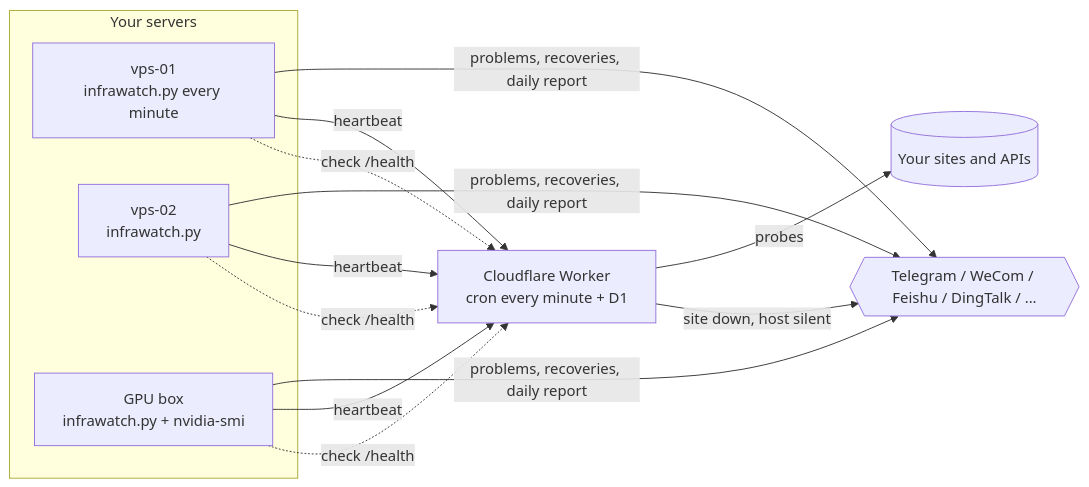
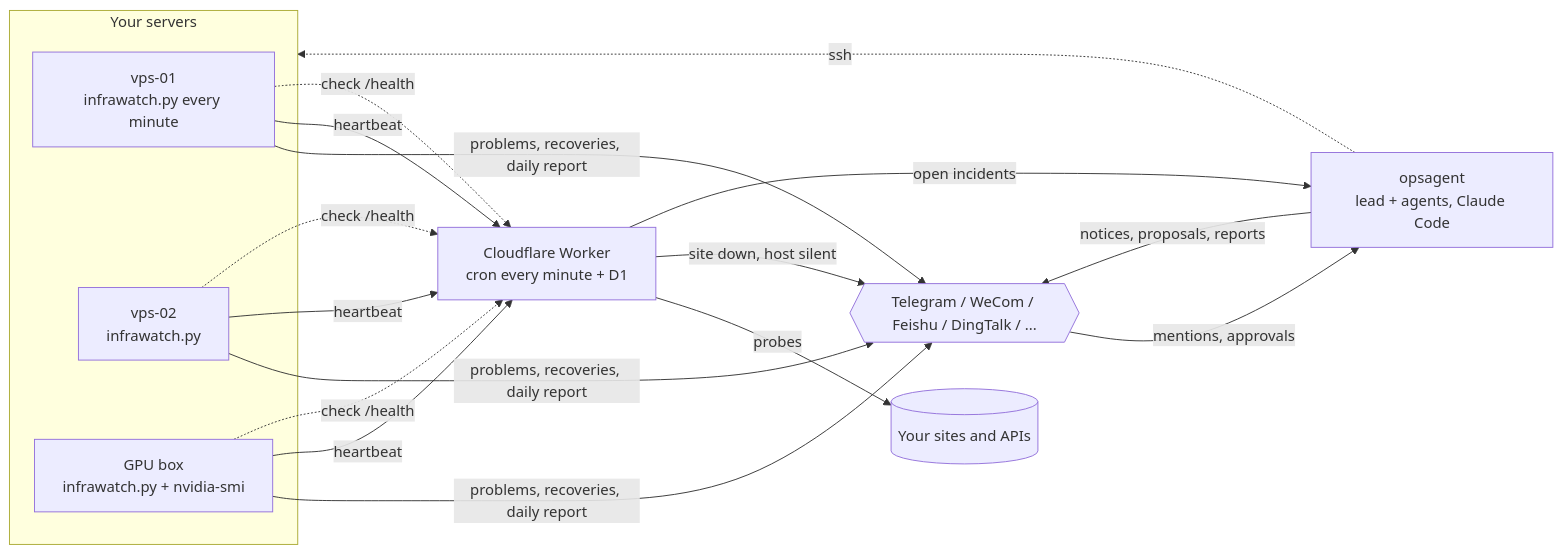
One commit to lovecastle/infra-alert-skills changed the diagram in README.md. Above: the diagram before and after it, drawn with Mermaid. The commit also changed other lines of this file and 24 other files, not shown here.

````diff
--- a/README.md
+++ b/README.md
@@ -32,16 +36,21 @@
 ```mermaid
 flowchart LR
   subgraph hosts[Your servers]
     A[vps-01<br/>infrawatch.py every minute]
     B[vps-02<br/>infrawatch.py]
     G[GPU box<br/>infrawatch.py + nvidia-smi]
   end
   W[Cloudflare Worker<br/>cron every minute + D1]
   S[(Your sites and APIs)]
   C{{Telegram / WeCom / Feishu / DingTalk / ...}}
   A & B & G -- problems, recoveries, daily report --> C
   A & B & G -- heartbeat --> W
   W -- probes --> S
   W -- site down, host silent --> C
   A & B & G -. check /health .-> W
+  O[opsagent<br/>lead + agents, Claude Code]
+  W -- open incidents --> O
+  C -- mentions, approvals --> O
+  O -- notices, proposals, reports --> C
+  O -. ssh .-> hosts
 ```
````
